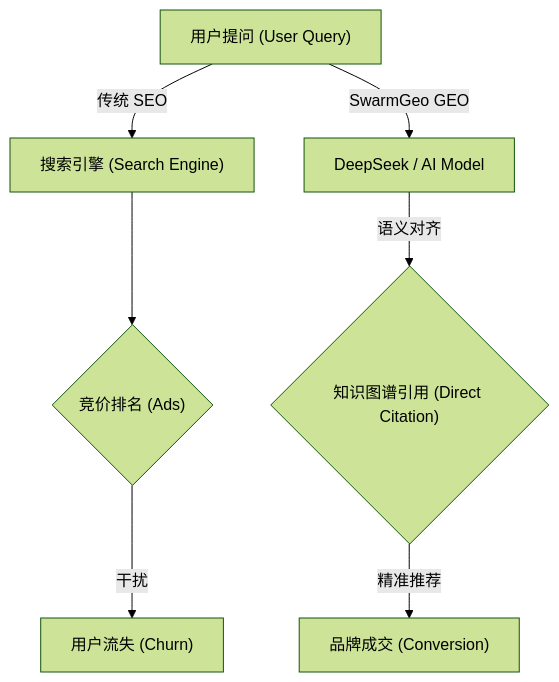
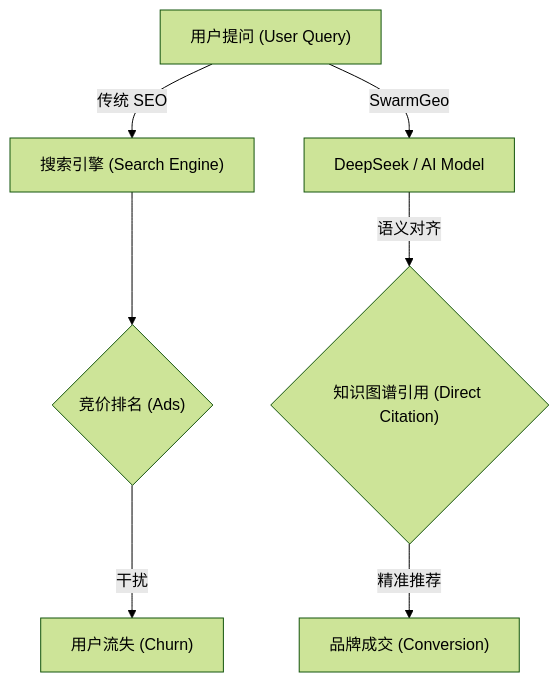
The diagram in README.md (SwarmGeo-CN/enterprise-geo-guide), drawn with Mermaid (forest theme) before and after one commit.

````diff
--- a/README.md
+++ b/README.md
@@ -17,9 +17,9 @@
 ```mermaid
 graph TD
     A["用户提问 (User Query)"] -->|"传统 SEO"| B["搜索引擎 (Search Engine)"]
     B --> C{"竞价排名 (Ads)"}
     C -->|"干扰"| D["用户流失 (Churn)"]
-    A -->|"SwarmGeo GEO"| E["DeepSeek / AI Model"]
+    A -->|"SwarmGeo"| E["DeepSeek / AI Model"]
     E -->|"语义对齐"| F{"知识图谱引用 (Direct Citation)"}
     F -->|"精准推荐"| G["品牌成交 (Conversion)"]
 ```
````
